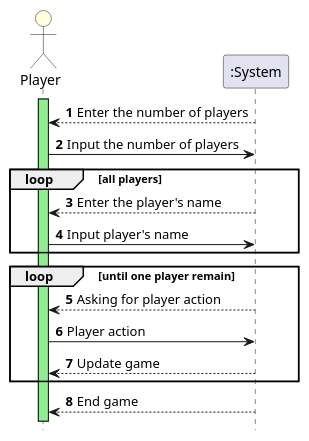
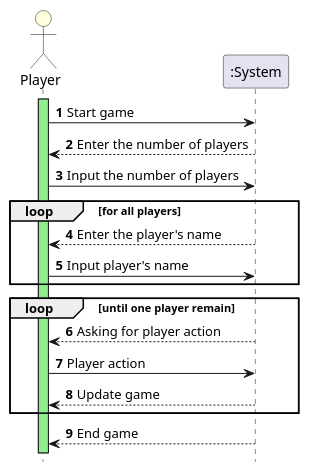
Before and after one commit to Greve2001/CDIO-final: the diagram in diagrams/SystemSequenceDiagram.puml, drawn with PlantUML.

Commit message:
Changes to SSD

```diff
--- a/diagrams/SystemSequenceDiagram.puml
+++ b/diagrams/SystemSequenceDiagram.puml
@@ -1,28 +1,27 @@
 @startuml
 'https://plantuml.com/sequence-diagram
 
 autonumber
 hide footbox
 
 actor Player #lightyellow
 participant ":System" as System
 activate Player #lightgreen
-
+Player -> System : Start game
 Player <-- System: Enter the number of players
 Player -> System: Input the number of players
 
-loop all players
+loop for all players
     Player <-- System : Enter the player's name
     Player -> System : Input player's name
 end
 
 loop until one player remain
     Player <-- System: Asking for player action
     Player -> System: Player action
     Player <-- System: Update game
-
 end
 
 Player <-- System: End game
 
 @enduml
```
